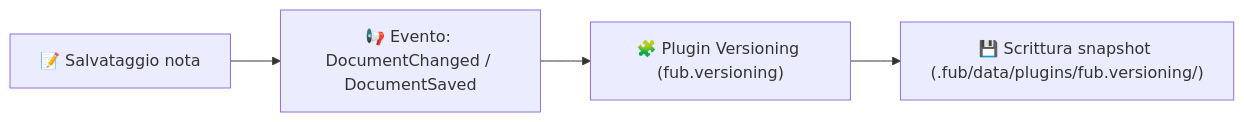
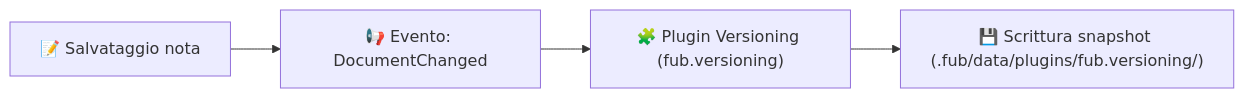
The diagram in docs/05-disco/05-versionamento-e-snapshot.md (Fubeo/Fub), drawn with Mermaid before and after one commit. The commit also changed 37 other files, not shown here.

````diff
--- a/docs/05-disco/05-versionamento-e-snapshot.md
+++ b/docs/05-disco/05-versionamento-e-snapshot.md
@@ -11,6 +11,6 @@
 ```mermaid
 flowchart LR
-    Salva["📝 Salvataggio nota"] --> Evento["📢 Evento: DocumentChanged / DocumentSaved"]
+    Salva["📝 Salvataggio nota"] --> Evento["📢 Evento: DocumentChanged"]
     Evento --> Versioning["🧩 Plugin Versioning (fub.versioning)"]
     Versioning --> Snapshot["💾 Scrittura snapshot (.fub/data/plugins/fub.versioning/)"]
 ```
````
